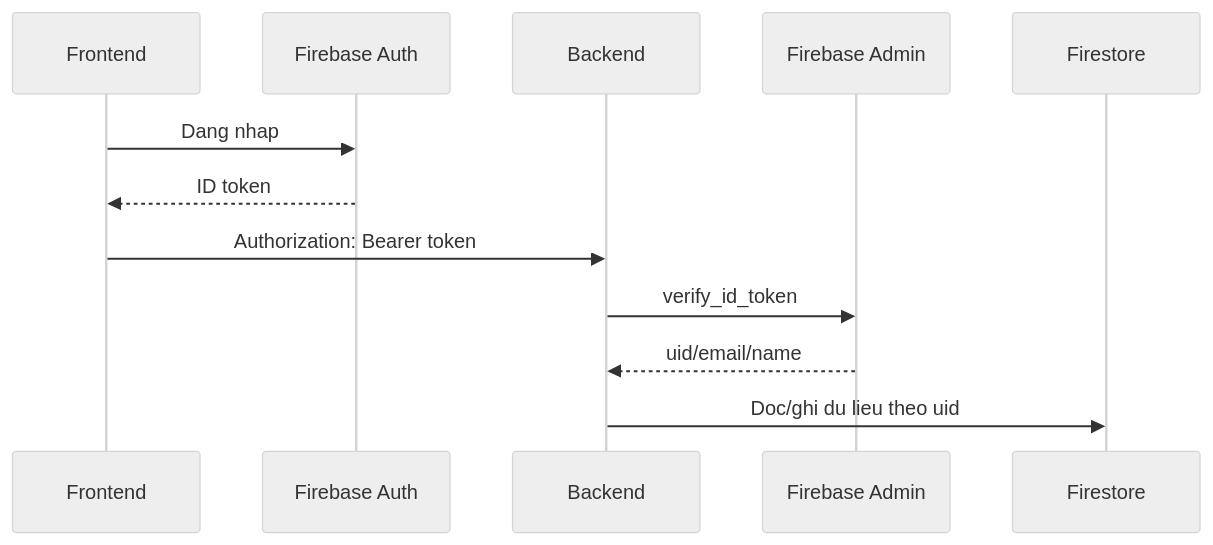
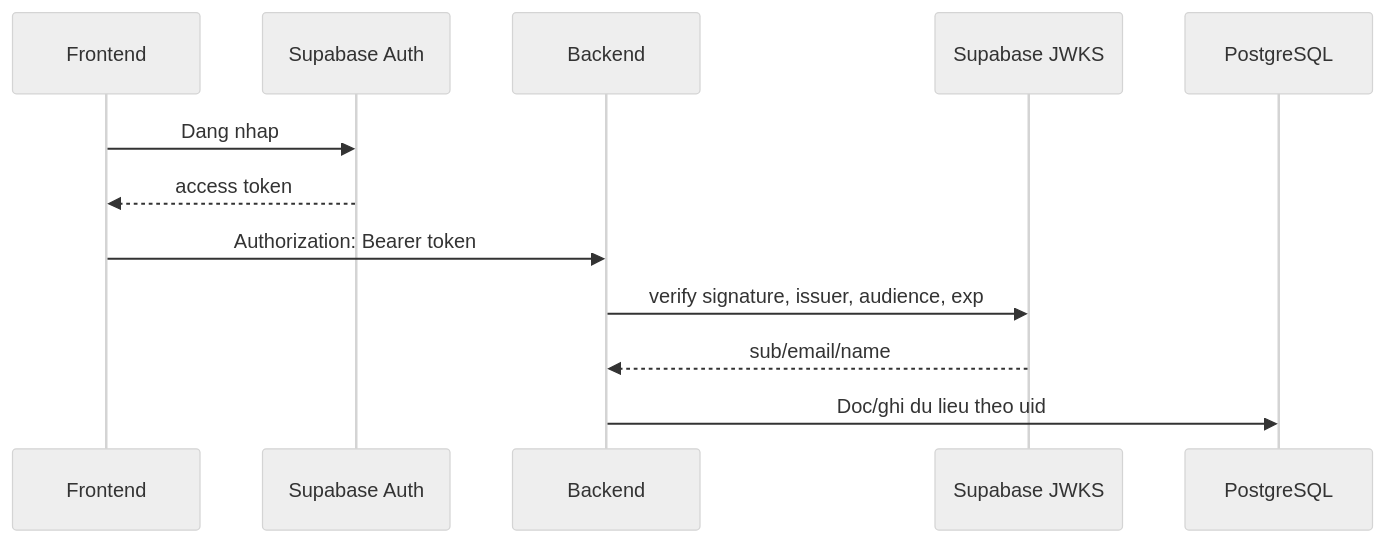
The diagram in Document/01-Tai-Lieu-Du-An/07-database-auth-storage.md (TechFutureAIFPT/TechFutureAI), drawn with Mermaid (neutral theme) before and after one commit. The commit also changed other lines of this file and 26 other files, not shown here.

````diff
--- a/Document/01-Tai-Lieu-Du-An/07-database-auth-storage.md
+++ b/Document/01-Tai-Lieu-Du-An/07-database-auth-storage.md
@@ -11,15 +11,15 @@
 ```mermaid
 sequenceDiagram
     participant FE as Frontend
-    participant FA as Firebase Auth
+    participant FA as Supabase Auth
     participant BE as Backend
-    participant ADM as Firebase Admin
-    participant DB as Firestore
+    participant JWKS as Supabase JWKS
+    participant DB as PostgreSQL
 
     FE->>FA: Dang nhap
-    FA-->>FE: ID token
+    FA-->>FE: access token
     FE->>BE: Authorization: Bearer token
-    BE->>ADM: verify_id_token
-    ADM-->>BE: uid/email/name
+    BE->>JWKS: verify signature, issuer, audience, exp
+    JWKS-->>BE: sub/email/name
     BE->>DB: Doc/ghi du lieu theo uid
 ```
````
